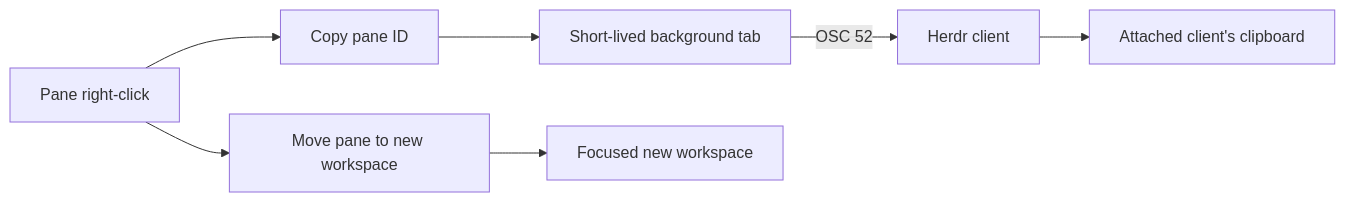
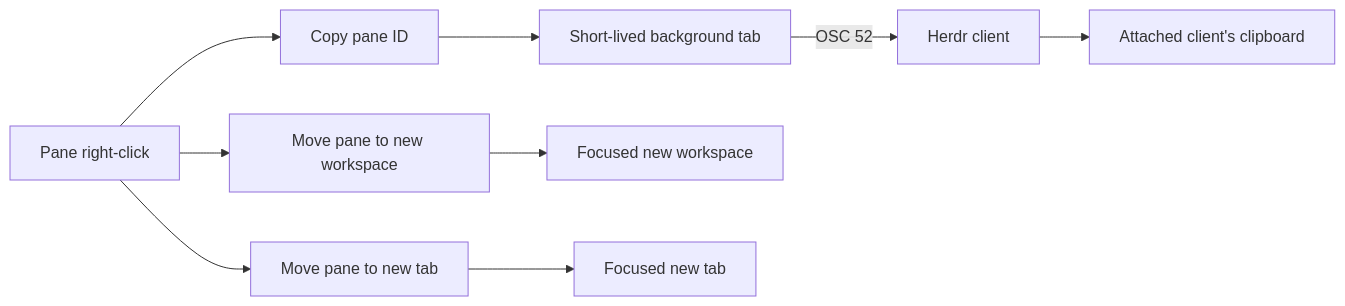
One commit to unphased/vim-config changed the diagram in herdr-plugins/copy-pane-id/README.md. Above: the diagram before and after it, drawn with Mermaid. The commit also changed other lines of this file and 5 other files, not shown here.

Commit message:
Add Herdr pane action to move into a new tab

````diff
--- a/herdr-plugins/copy-pane-id/README.md
+++ b/herdr-plugins/copy-pane-id/README.md
@@ -5,9 +5,11 @@
 ```mermaid
 flowchart LR
     Menu[Pane right-click] --> Copy[Copy pane ID]
     Copy --> Background[Short-lived background tab]
     Background -->|OSC 52| Herdr[Herdr client]
     Herdr --> Clipboard[Attached client's clipboard]
     Menu --> Move[Move pane to new workspace]
     Move --> NewWorkspace[Focused new workspace]
+    Menu --> MoveTab[Move pane to new tab]
+    MoveTab --> NewTab[Focused new tab]
 ```
````
